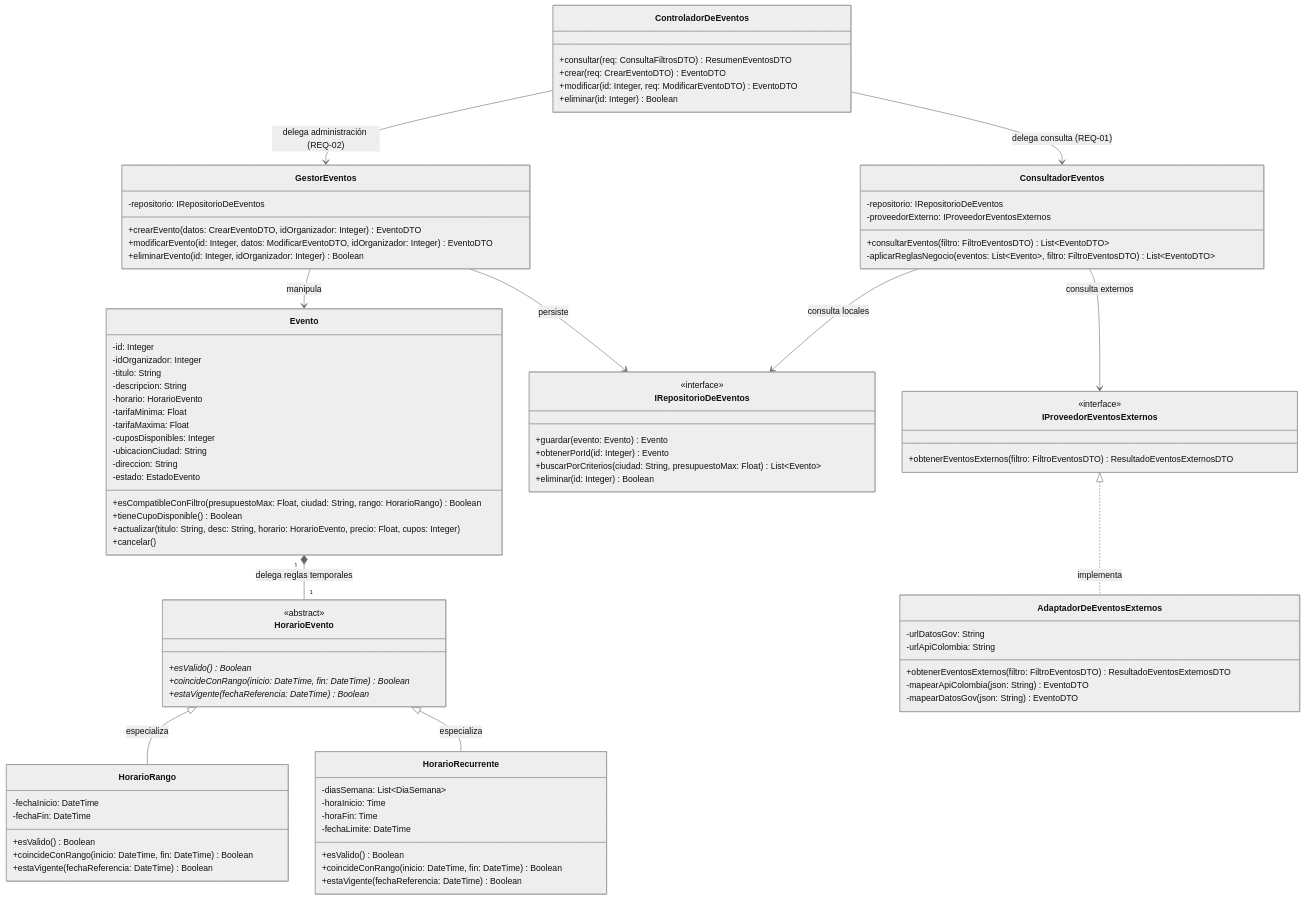
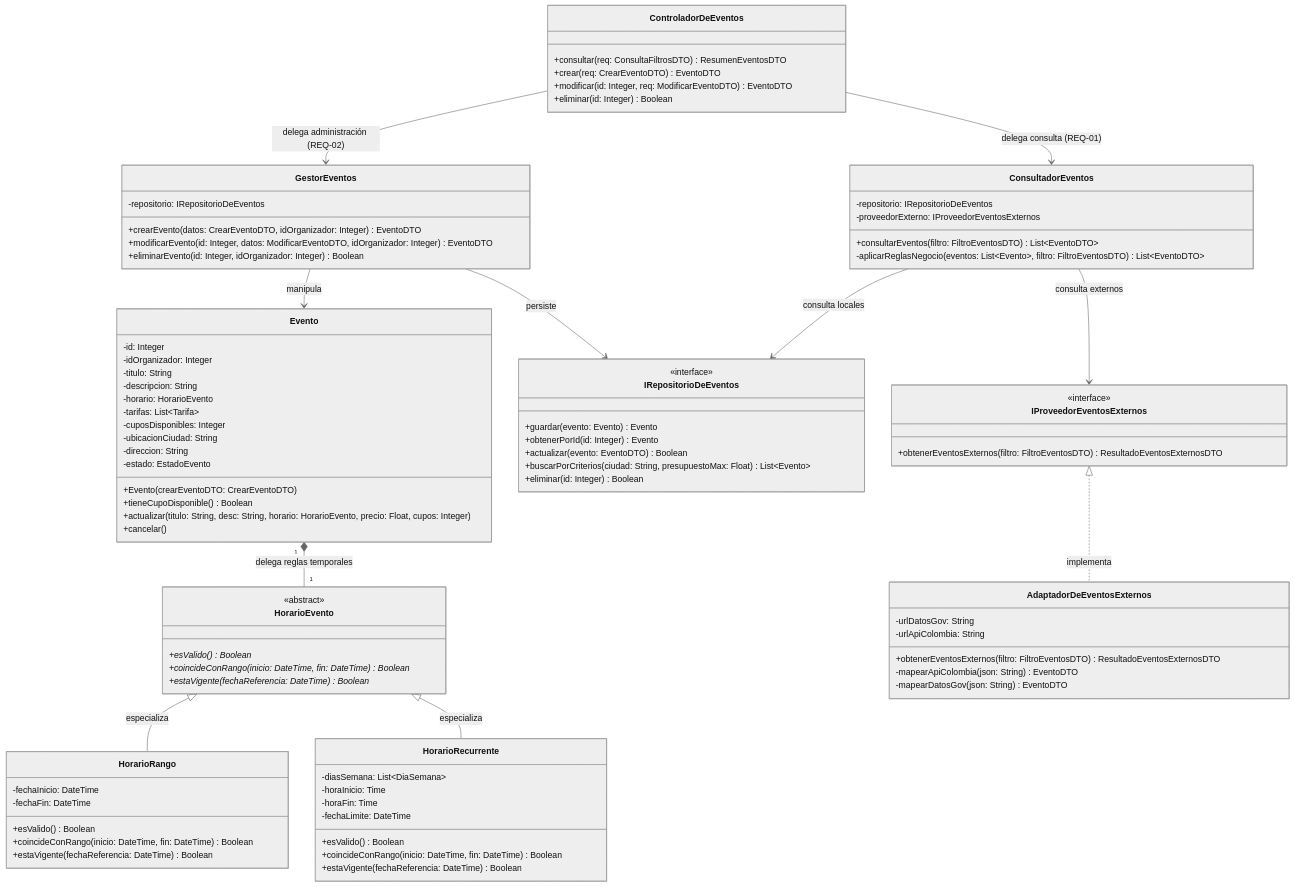
Before and after one commit to ProyectPlanning/Sistema_de_eventos: the second of 3 diagrams in Docs/Design/Diseño Arquitectónico detallado 01.md, drawn with Mermaid (neutral theme).

Commit message:
Cambiando diagrama de clases para añadir el tipo de dato Tarifa

```diff
--- a/Docs/Design/Diseño Arquitectónico detallado 01.md
+++ b/Docs/Design/Diseño Arquitectónico detallado 01.md
@@ -167,13 +167,12 @@
         -titulo: String
         -descripcion: String
         -horario: HorarioEvento
-        -tarifaMinima: Float
-        -tarifaMaxima: Float
+        -tarifas: List~Tarifa~
         -cuposDisponibles: Integer
         -ubicacionCiudad: String
         -direccion: String
         -estado: EstadoEvento
-        +esCompatibleConFiltro(presupuestoMax: Float, ciudad: String, rango: HorarioRango) Boolean
+        +Evento(crearEventoDTO: CrearEventoDTO)
         +tieneCupoDisponible() Boolean
         +actualizar(titulo: String, desc: String, horario: HorarioEvento, precio: Float, cupos: Integer)
         +cancelar()
@@ -209,6 +208,7 @@
         <<interface>>
         +guardar(evento: Evento) Evento
         +obtenerPorId(id: Integer) Evento
+        +actualizar(evento: EventoDTO) Boolean
         +buscarPorCriterios(ciudad: String, presupuestoMax: Float) List~Evento~
         +eliminar(id: Integer) Boolean
     }
```
